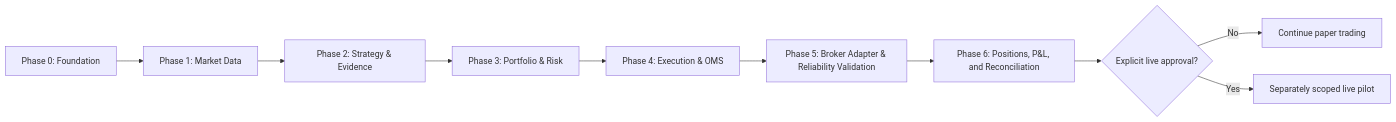
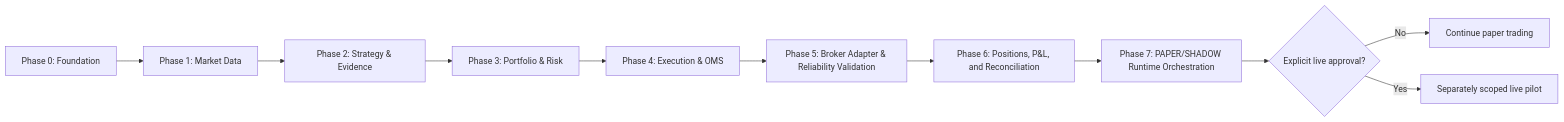
The diagram in docs/product/ROADMAP.md (bibhuyash/tradeedge), drawn with Mermaid before and after one commit. The commit also changed other lines of this file and 29 other files, not shown here.

Commit message:
Implement Phase 7 M1 trading runtime

````diff
--- a/docs/product/ROADMAP.md
+++ b/docs/product/ROADMAP.md
@@ -7,12 +7,13 @@
 ```mermaid
 flowchart LR
     P0["Phase 0: Foundation"] --> P1["Phase 1: Market Data"]
     P1 --> P2["Phase 2: Strategy & Evidence"]
     P2 --> P3["Phase 3: Portfolio & Risk"]
     P3 --> P4["Phase 4: Execution & OMS"]
     P4 --> P5["Phase 5: Broker Adapter & Reliability Validation"]
     P5 --> P6["Phase 6: Positions, P&L, and Reconciliation"]
-    P6 --> G{"Explicit live approval?"}
+    P6 --> P7["Phase 7: PAPER/SHADOW Runtime Orchestration"]
+    P7 --> G{"Explicit live approval?"}
     G -->|No| PT["Continue paper trading"]
     G -->|Yes| LP["Separately scoped live pilot"]
 ```
````
